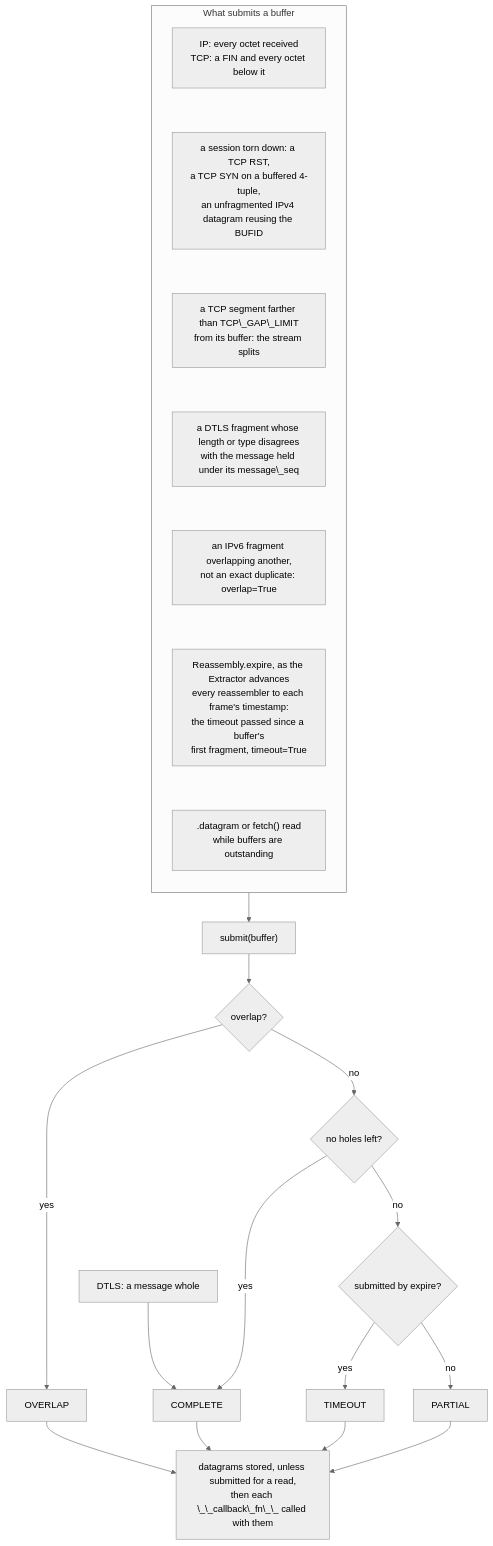
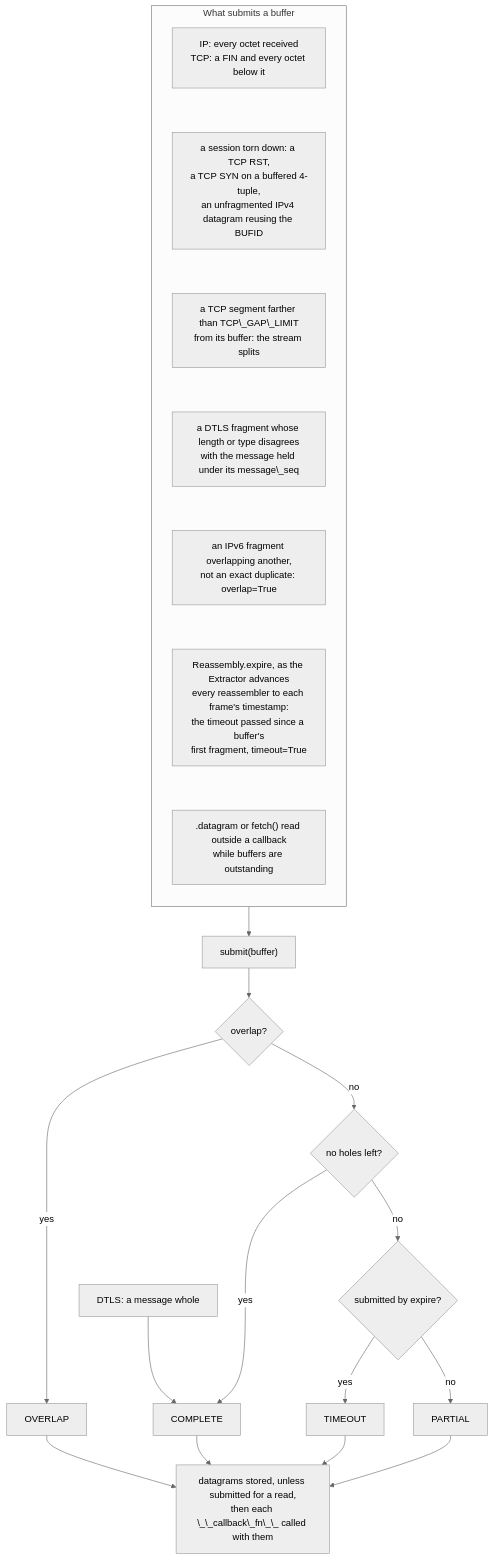
Before and after one commit to JarryShaw/PyPCAPKit: the second of 2 diagrams in docs/source/pcapkit/foundation/reassembly/index.rst, drawn with Mermaid (neutral theme). The commit also changed 12 other files, not shown here.

```diff
--- a/docs/source/pcapkit/foundation/reassembly/index.rst
+++ b/docs/source/pcapkit/foundation/reassembly/index.rst
@@ -70,43 +70,43 @@
 .. mermaid::
 
    flowchart TD
        subgraph trig ["What submits a buffer"]
            direction TB
            T1["IP: every octet received<br/>TCP: a FIN and every octet below it"]
            T2["a session torn down: a TCP RST,<br/>a TCP SYN on a buffered 4-tuple,<br/>an unfragmented IPv4 datagram reusing the BUFID"]
            T3["a TCP segment farther than TCP\_GAP\_LIMIT<br/>from its buffer: the stream splits"]
            T4["a DTLS fragment whose length or type disagrees<br/>with the message held under its message\_seq"]
            T5["an IPv6 fragment overlapping another,<br/>not an exact duplicate: overlap=True"]
            T6["Reassembly.expire, as the Extractor advances<br/>every reassembler to each frame's timestamp:<br/>the timeout passed since a buffer's<br/>first fragment, timeout=True"]
-           T7[".datagram or fetch() read<br/>while buffers are outstanding"]
+           T7[".datagram or fetch() read outside a callback<br/>while buffers are outstanding"]
            T1 ~~~ T2 ~~~ T3 ~~~ T4 ~~~ T5 ~~~ T6 ~~~ T7
        end
        T1D["DTLS: a message whole"]
        SUB["submit(buffer)"]
        Q1{"overlap?"}
        Q2{"no holes left?"}
        Q3{"submitted by expire?"}
        OV["OVERLAP"]
        CO["COMPLETE"]
        TO["TIMEOUT"]
        PA["PARTIAL"]
        CB["datagrams stored, unless submitted for a read,<br/>then each \_\_callback\_fn\_\_ called with them"]
 
        trig --> SUB
        T1D --> CO
        SUB --> Q1
        Q1 -->|yes| OV
        Q1 -->|no| Q2
        Q2 -->|yes| CO
        Q2 -->|no| Q3
        Q3 -->|yes| TO
        Q3 -->|no| PA
        OV & CO & TO & PA --> CB
 
        click SUB "reassembly.html#pcapkit.foundation.reassembly.reassembly.Reassembly.submit"
        click T6 "reassembly.html#pcapkit.foundation.reassembly.reassembly.Reassembly.expire"
        click T7 "reassembly.html#pcapkit.foundation.reassembly.reassembly.Reassembly.fetch"
        click OV "index.html#pcapkit.foundation.reassembly.data.data.Completion.OVERLAP"
        click CO "index.html#pcapkit.foundation.reassembly.data.data.Completion.COMPLETE"
        click TO "index.html#pcapkit.foundation.reassembly.data.data.Completion.TIMEOUT"
        click PA "index.html#pcapkit.foundation.reassembly.data.data.Completion.PARTIAL"
```
